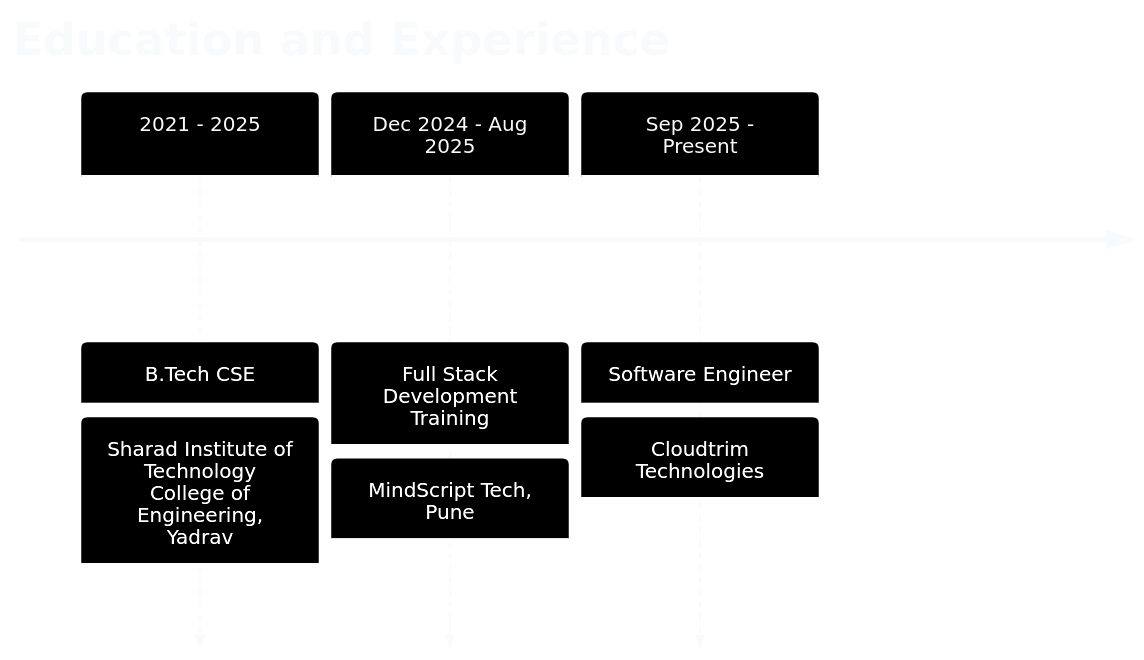
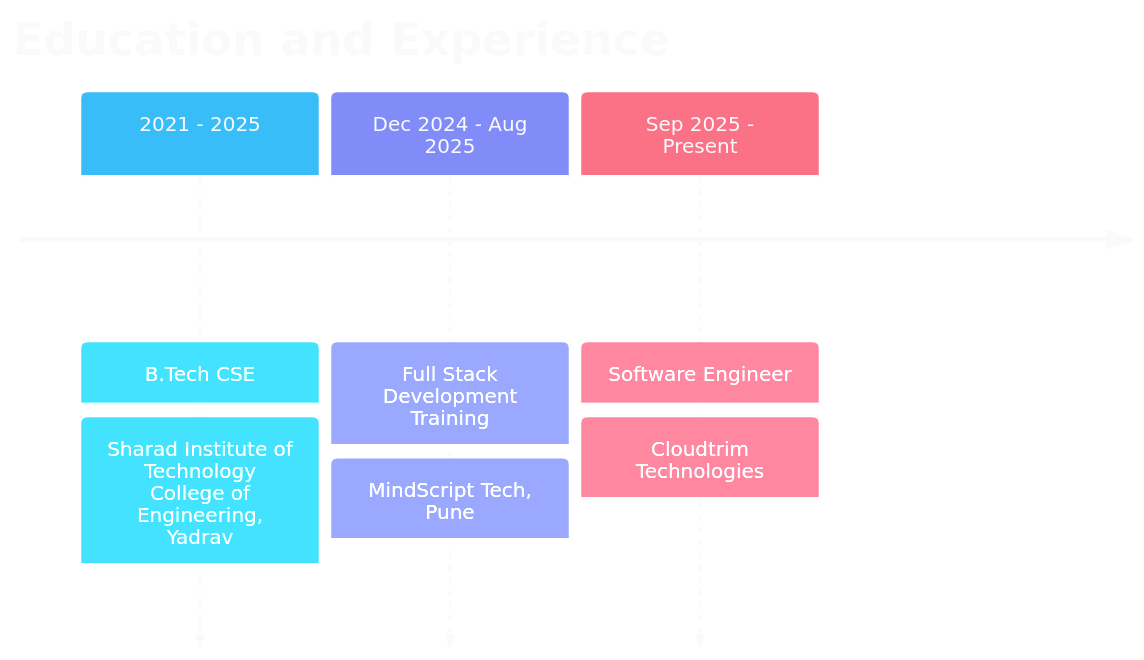
Before and after one commit to ShivamPisal/ShivamPisal: the diagram in README.md, drawn with Mermaid. The commit also changed other lines of this file, not shown here.

Commit message:
Update tech stack and timeline styling

````diff
--- a/README.md
+++ b/README.md
@@ -164,8 +167,8 @@
 ```mermaid
-%%{init: {"theme": "base", "themeVariables": {"background": "#070A1A", "primaryColor": "#11143A", "primaryTextColor": "#F8FAFC", "primaryBorderColor": "#38BDF8", "lineColor": "#818CF8", "secondaryColor": "#172554", "tertiaryColor": "#2A1238", "fontFamily": "Segoe UI"}}}%%
+%%{init: {"theme": "base", "themeVariables": {"darkMode": true, "background": "#070A1A", "mainBkg": "#11143A", "primaryColor": "#11143A", "primaryTextColor": "#F8FAFC", "primaryBorderColor": "#38BDF8", "lineColor": "#818CF8", "secondaryColor": "#172554", "secondaryBorderColor": "#818CF8", "tertiaryColor": "#2A1238", "tertiaryBorderColor": "#FB7185", "cScale0": "#38BDF8", "cScale1": "#818CF8", "cScale2": "#FB7185", "fontFamily": "Segoe UI"}}}%%
 timeline
   title Education and Experience
   2021 - 2025 : B.Tech CSE : Sharad Institute of Technology College of Engineering, Yadrav
   Dec 2024 - Aug 2025 : Full Stack Development Training : MindScript Tech, Pune
   Sep 2025 - Present : Software Engineer : Cloudtrim Technologies
 ```
````
